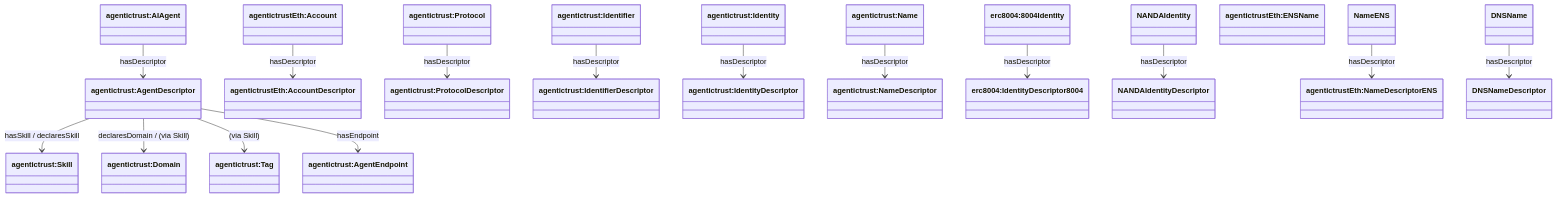
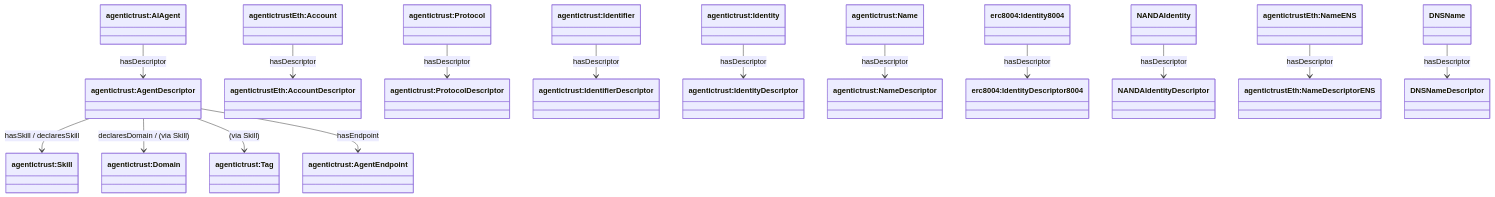
Before and after one commit to Agentic-Trust-Layer/agent-explorer: the diagram in docs/ontology/discovery.md, drawn with Mermaid. The commit also changed 21 other files, not shown here.

````diff
--- a/docs/ontology/discovery.md
+++ b/docs/ontology/discovery.md
@@ -49,47 +49,47 @@
 ```mermaid
 classDiagram
 direction TB
 
 class AIAgent["agentictrust:AIAgent"]
 class Account["agentictrustEth:Account"]
 class Protocol["agentictrust:Protocol"]
 class Identifier["agentictrust:Identifier"]
 class Identity["agentictrust:Identity"]
 class Name["agentictrust:Name"]
-class Identity8004["erc8004:8004Identity"]
+class Identity8004["erc8004:Identity8004"]
 class NANDAIdentity["NANDAIdentity"]
-class ENSName["agentictrustEth:ENSName"]
+class NameENS["agentictrustEth:NameENS"]
 class DNSName["DNSName"]
 
 class AgentDescriptor["agentictrust:AgentDescriptor"]
 class AccountDescriptor["agentictrustEth:AccountDescriptor"]
 class ProtocolDescriptor["agentictrust:ProtocolDescriptor"]
 class IdentifierDescriptor["agentictrust:IdentifierDescriptor"]
 class IdentityDescriptor["agentictrust:IdentityDescriptor"]
 class NameDescriptor["agentictrust:NameDescriptor"]
 class Identity8004Descriptor["erc8004:IdentityDescriptor8004"]
 class NANDAIdentityDescriptor["NANDAIdentityDescriptor"]
 class NameDescriptorENS["agentictrustEth:NameDescriptorENS"]
 class DNSNameDescriptor["DNSNameDescriptor"]
 
 class Skill["agentictrust:Skill"]
 class Domain["agentictrust:Domain"]
 class Tag["agentictrust:Tag"]
 class Endpoint["agentictrust:AgentEndpoint"]
 
 AIAgent --> AgentDescriptor : hasDescriptor
 Account --> AccountDescriptor : hasDescriptor
 Protocol --> ProtocolDescriptor : hasDescriptor
 Identifier --> IdentifierDescriptor : hasDescriptor
 Identity --> IdentityDescriptor : hasDescriptor
 Name --> NameDescriptor : hasDescriptor
 Identity8004 --> Identity8004Descriptor : hasDescriptor
 NANDAIdentity --> NANDAIdentityDescriptor : hasDescriptor
 NameENS --> NameDescriptorENS : hasDescriptor
 DNSName --> DNSNameDescriptor : hasDescriptor
 
 AgentDescriptor --> Skill : hasSkill / declaresSkill
 AgentDescriptor --> Domain : declaresDomain / (via Skill)
 AgentDescriptor --> Tag : (via Skill)
 AgentDescriptor --> Endpoint : hasEndpoint
 ```
````
